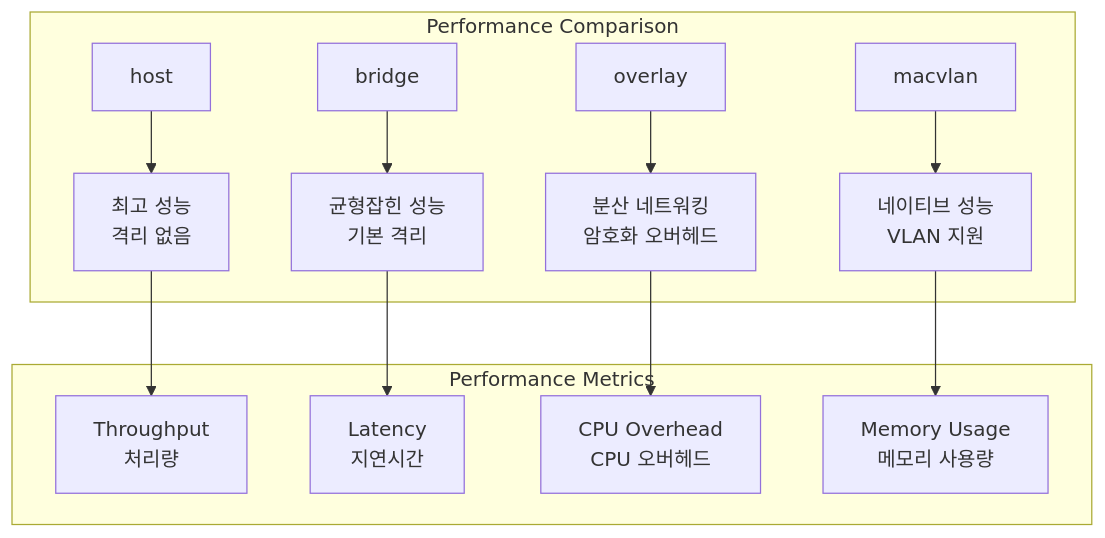
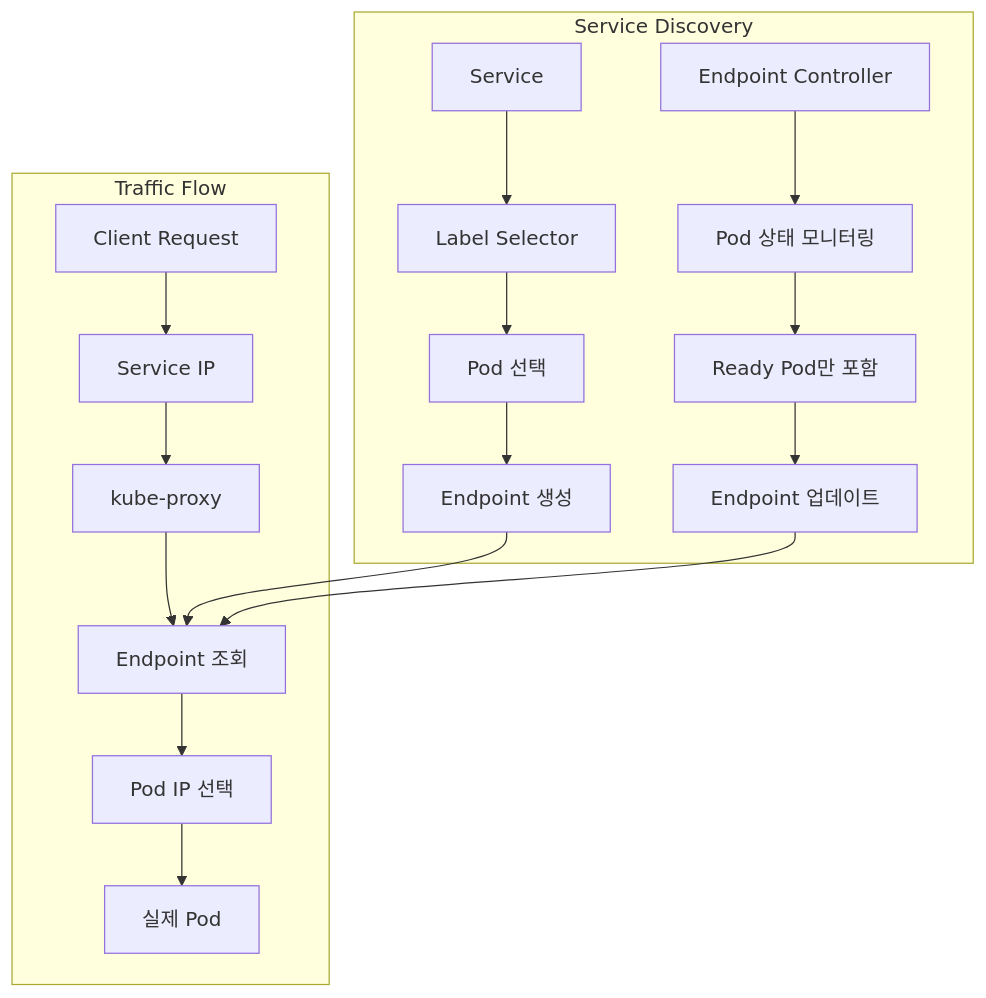
Before and after one commit to niceguy61/kdt_devops_lecture_2025: the second of 4 diagrams in week_02/day_02/session_03.md, drawn with Mermaid. The commit also changed other lines of this file and 38 other files, not shown here.

````diff
--- a/week_02/day_02/session_03.md
+++ b/week_02/day_02/session_03.md
@@ -15,21 +85,23 @@
 ```mermaid
 graph TB
-    subgraph "Performance Comparison"
-        A[host] --> B[최고 성능<br/>격리 없음]
-        C[bridge] --> D[균형잡힌 성능<br/>기본 격리]
-        E[overlay] --> F[분산 네트워킹<br/>암호화 오버헤드]
-        G[macvlan] --> H[네이티브 성능<br/>VLAN 지원]
+    subgraph "Service Discovery"
+        A[Service] --> B[Label Selector]
+        B --> C[Pod 선택]
+        C --> D[Endpoint 생성]
+        
+        E[Endpoint Controller] --> F[Pod 상태 모니터링]
+        F --> G[Ready Pod만 포함]
+        G --> H[Endpoint 업데이트]
     end
     
-    subgraph "Performance Metrics"
-        I[Throughput<br/>처리량]
-        J[Latency<br/>지연시간]
-        K[CPU Overhead<br/>CPU 오버헤드]
-        L[Memory Usage<br/>메모리 사용량]
+    subgraph "Traffic Flow"
+        I[Client Request] --> J[Service IP]
+        J --> K[kube-proxy]
+        K --> L[Endpoint 조회]
+        L --> M[Pod IP 선택]
+        M --> N[실제 Pod]
     end
     
-    B --> I
-    D --> J
-    F --> K
+    D --> L
     H --> L
 ```
````
